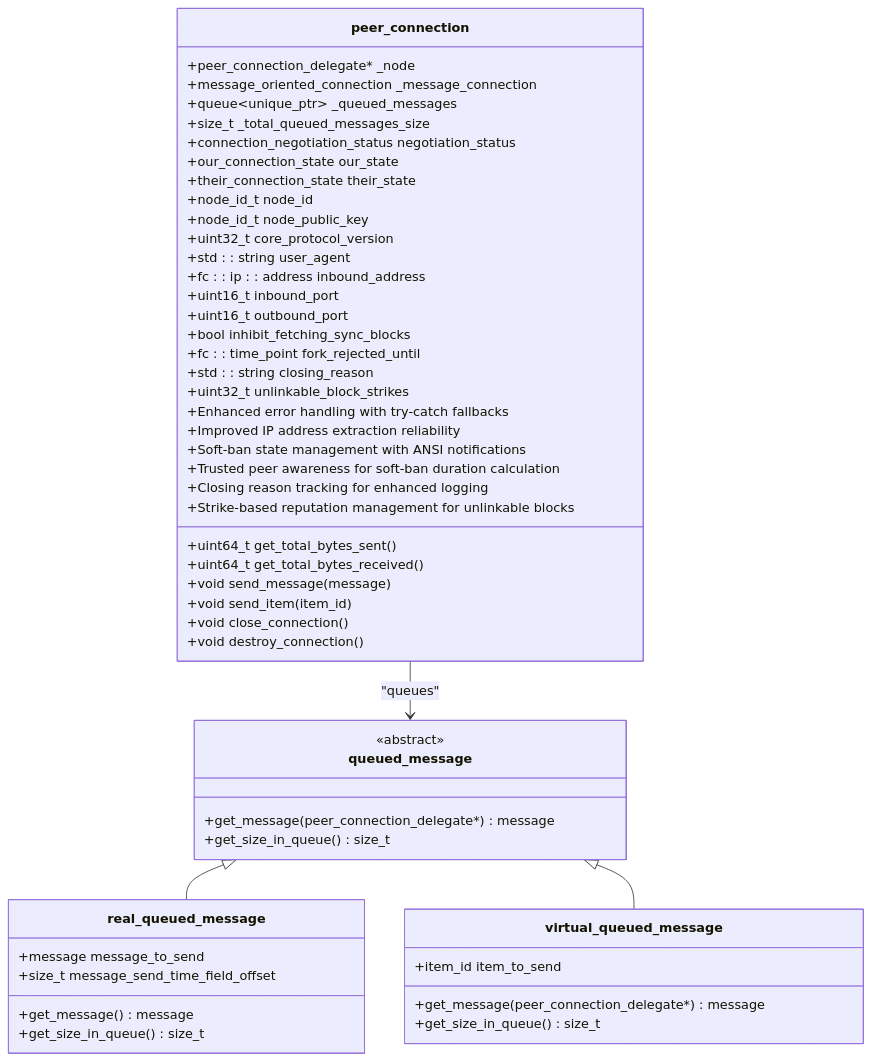
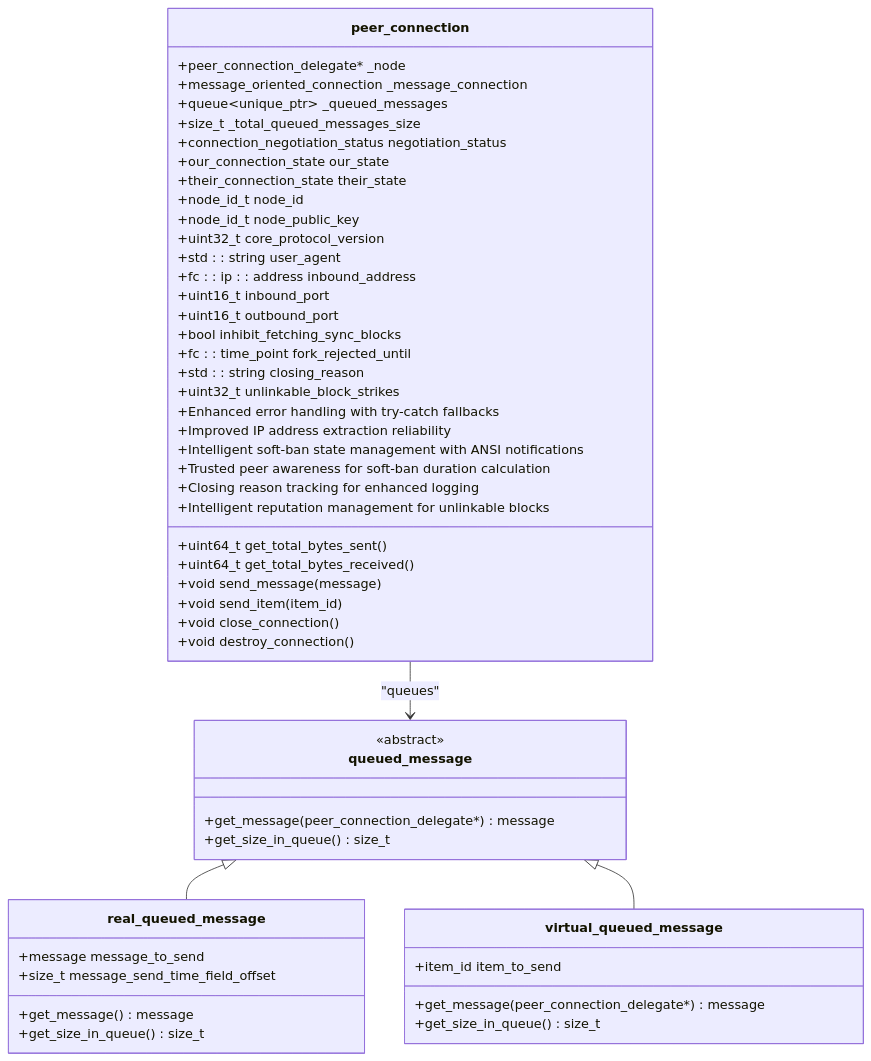
The third of 13 diagrams in .qoder/repowiki/en/content/Architecture Overview/Core Libraries/Network Library/Peer Connection Management.md (VIZ-Blockchain/viz-cpp-node), drawn with Mermaid before and after one commit. The commit also changed other lines of this file and 4 other files, not shown here.

````diff
--- a/.qoder/repowiki/en/content/Architecture Overview/Core Libraries/Network Library/Peer Connection Management.md
+++ b/.qoder/repowiki/en/content/Architecture Overview/Core Libraries/Network Library/Peer Connection Management.md
@@ -242,54 +239,54 @@
 ```mermaid
 classDiagram
 class peer_connection {
 +peer_connection_delegate* _node
 +message_oriented_connection _message_connection
 +queue~unique_ptr~ _queued_messages
 +size_t _total_queued_messages_size
 +connection_negotiation_status negotiation_status
 +our_connection_state our_state
 +their_connection_state their_state
 +node_id_t node_id
 +node_id_t node_public_key
 +uint32_t core_protocol_version
 +std : : string user_agent
 +fc : : ip : : address inbound_address
 +uint16_t inbound_port
 +uint16_t outbound_port
 +bool inhibit_fetching_sync_blocks
 +fc : : time_point fork_rejected_until
 +std : : string closing_reason
 +uint32_t unlinkable_block_strikes
 +uint64_t get_total_bytes_sent()
 +uint64_t get_total_bytes_received()
 +void send_message(message)
 +void send_item(item_id)
 +void close_connection()
 +void destroy_connection()
 +Enhanced error handling with try-catch fallbacks
 +Improved IP address extraction reliability
-+Soft-ban state management with ANSI notifications
++Intelligent soft-ban state management with ANSI notifications
 +Trusted peer awareness for soft-ban duration calculation
 +Closing reason tracking for enhanced logging
-+Strike-based reputation management for unlinkable blocks
++Intelligent reputation management for unlinkable blocks
 }
 class queued_message {
 <<abstract>>
 +get_message(peer_connection_delegate*) message
 +get_size_in_queue() size_t
 }
 class real_queued_message {
 +message message_to_send
 +size_t message_send_time_field_offset
 +get_message() message
 +get_size_in_queue() size_t
 }
 class virtual_queued_message {
 +item_id item_to_send
 +get_message(peer_connection_delegate*) message
 +get_size_in_queue() size_t
 }
 peer_connection --> queued_message : "queues"
 queued_message <|-- real_queued_message
 queued_message <|-- virtual_queued_message
 ```
````
